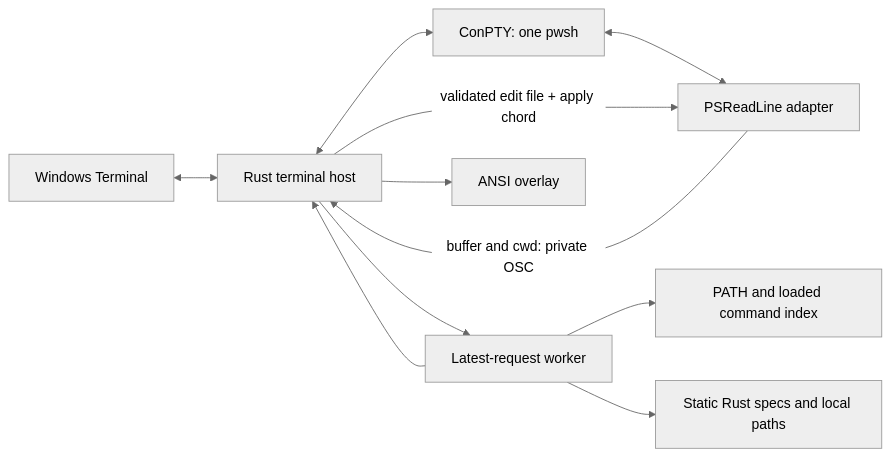
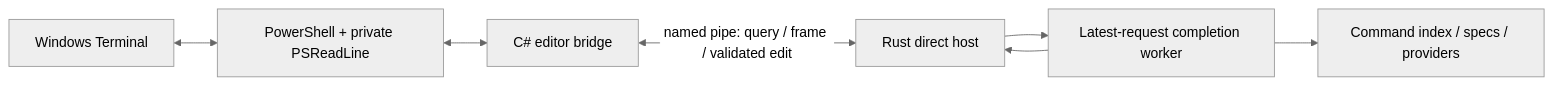
The diagram in docs/architecture.md (Drtxdt/Blueberry), drawn with Mermaid (neutral theme) before and after one commit. The commit also changed other lines of this file and 19 other files, not shown here.

````diff
--- a/docs/architecture.md
+++ b/docs/architecture.md
@@ -5,13 +7,9 @@
 ```mermaid
 flowchart LR
-  WT[Windows Terminal] <--> H[Rust terminal host]
-  H <--> P[ConPTY: one pwsh]
-  P <--> A[PSReadLine adapter]
-  A -->|buffer and cwd: private OSC| H
-  H --> W[Latest-request worker]
-  W --> I[PATH and loaded command index]
-  W --> S[Static Rust specs and local paths]
-  W --> H
-  H --> M[ANSI overlay]
-  H -->|validated edit file + apply chord| A
+  WT[Windows Terminal] <--> PS[PowerShell + private PSReadLine]
+  PS <--> B[C# editor bridge]
+  B <-->|named pipe: query / frame / validated edit| D[Rust direct host]
+  D --> W[Latest-request completion worker]
+  W --> I[Command index / specs / providers]
+  W --> D
 ```
````
